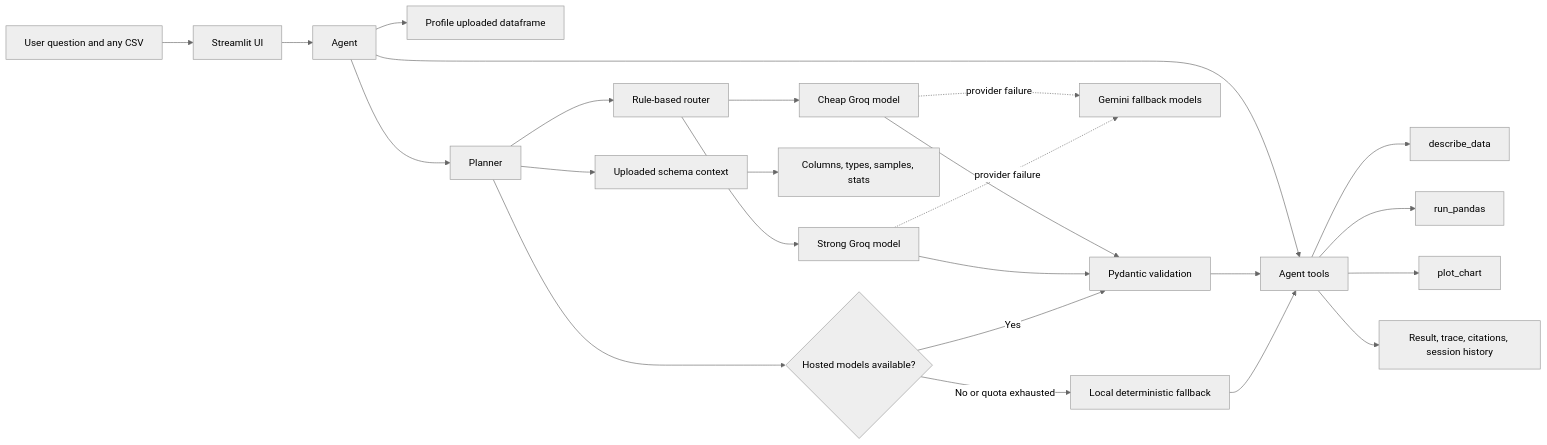
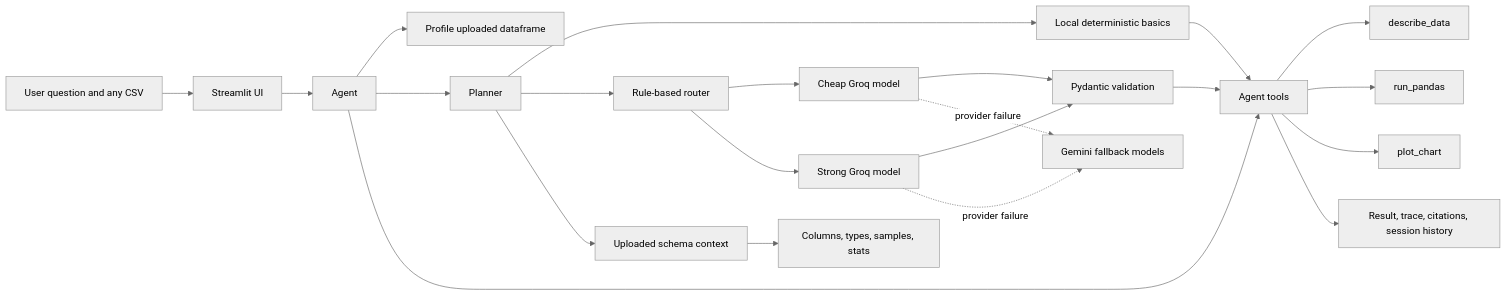
The diagram in README.md (astroelaa/data-analyst-copilot), drawn with Mermaid (neutral theme) before and after one commit. The commit also changed other lines of this file and 1 other file, not shown here.

Commit message:
docs: align architecture with generic agent

````diff
--- a/README.md
+++ b/README.md
@@ -71,26 +71,24 @@
 ```mermaid
 flowchart LR
     U[User question and any CSV] --> UI[Streamlit UI]
     UI --> A[Agent]
     A --> D[Profile uploaded dataframe]
     A --> P[Planner]
+    P --> L[Local deterministic basics]
     P --> R[Rule-based router]
     R --> C[Cheap Groq model]
     R --> S[Strong Groq model]
     C --> V[Pydantic validation]
     S --> V
     C -. provider failure .-> G[Gemini fallback models]
     S -. provider failure .-> G
     P --> D1[Uploaded schema context]
     D1 --> E[Columns, types, samples, stats]
-    P --> F{Hosted models available?}
-    F -->|No or quota exhausted| L[Local deterministic fallback]
-    F -->|Yes| V
     A --> T[Agent tools]
     T --> DP[describe_data]
     T --> RP[run_pandas]
     T --> PC[plot_chart]
     V --> T
     L --> T
     T --> O[Result, trace, citations, session history]
 ```
````
